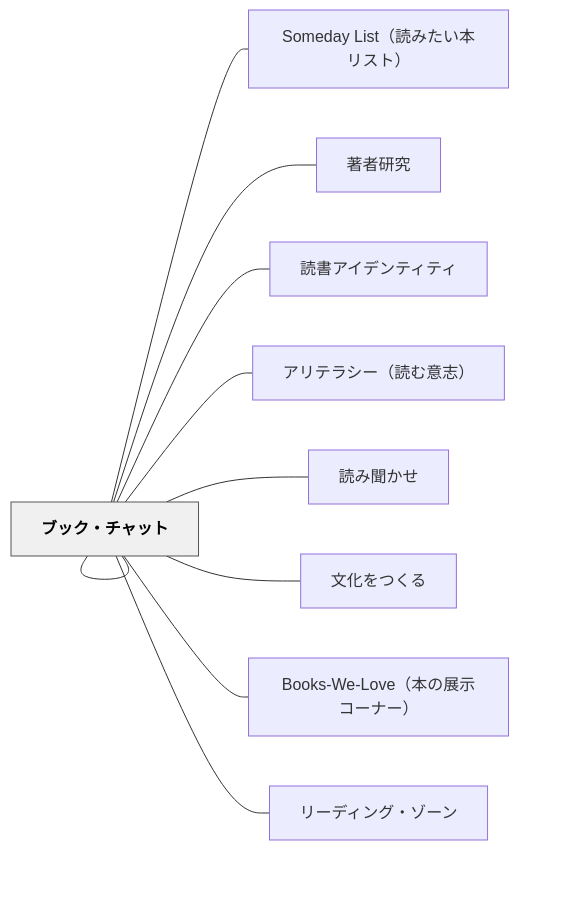
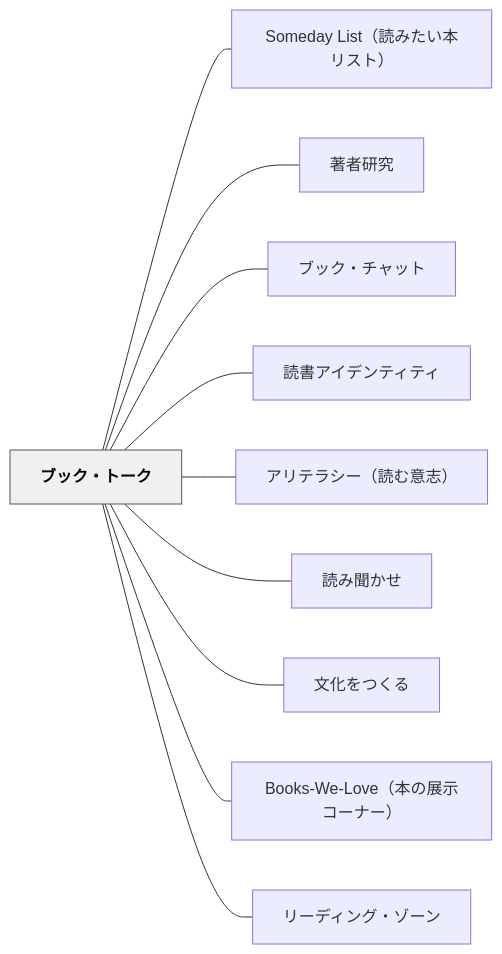
Before and after one commit to unknownthings-ed-patterns/unknownthings-ed-patterns: the diagram in content/パタン/ブック・トーク.md, drawn with Mermaid. The commit also changed 527 other files, not shown here.

````diff
--- a/content/パタン/ブック・トーク.md
+++ b/content/パタン/ブック・トーク.md
@@ -102,26 +102,26 @@
 ```mermaid
 flowchart LR
-    ne38396e38383["ブック・トーク"]
-    n536f6d656461["Someday List（読みたい本リスト）"]
-    ne89197e88085["著者研究"]
-    ne38396e38383["ブック・チャット"]
-    ne8aaade69bb8["読書アイデンティティ"]
-    ne382a2e383aa["アリテラシー（読む意志）"]
-    ne8aaade381bf["読み聞かせ"]
-    ne69687e58c96["文化をつくる"]
-    n426f6f6b732d["Books-We-Love（本の展示コーナー）"]
-    ne383aae383bc["リーディング・ゾーン"]
+    ne38396e38383e382afe383bbe38388e383bce382af["ブック・トーク"]
+    n536f6d65646179204c697374efbc88e8aaade381bfe3819fe38184e69cace383aae382b9e38388efbc89["Someday List（読みたい本リスト）"]
+    ne89197e88085e7a094e7a9b6["著者研究"]
+    ne38396e38383e382afe383bbe38381e383a3e38383e38388["ブック・チャット"]
+    ne8aaade69bb8e382a2e382a4e38387e383b3e38386e382a3e38386e382a3["読書アイデンティティ"]
+    ne382a2e383aae38386e383a9e382b7e383bcefbc88e8aaade38280e6848fe5bf97efbc89["アリテラシー（読む意志）"]
+    ne8aaade381bfe8819ee3818be3819b["読み聞かせ"]
+    ne69687e58c96e38292e381a4e3818fe3828b["文化をつくる"]
+    n426f6f6b732d57652d4c6f7665efbc88e69cace381aee5b195e7a4bae382b3e383bce3838ae383bcefbc89["Books-We-Love（本の展示コーナー）"]
+    ne383aae383bce38387e382a3e383b3e382b0e383bbe382bee383bce383b3["リーディング・ゾーン"]
 
-    ne38396e38383 --- n536f6d656461
-    ne38396e38383 --- ne89197e88085
-    ne38396e38383 --- ne38396e38383
-    ne38396e38383 --- ne8aaade69bb8
-    ne38396e38383 --- ne382a2e383aa
-    ne38396e38383 --- ne8aaade381bf
-    ne38396e38383 --- ne69687e58c96
-    ne38396e38383 --- n426f6f6b732d
-    ne38396e38383 --- ne383aae383bc
+    ne38396e38383e382afe383bbe38388e383bce382af --- n536f6d65646179204c697374efbc88e8aaade381bfe3819fe38184e69cace383aae382b9e38388efbc89
+    ne38396e38383e382afe383bbe38388e383bce382af --- ne89197e88085e7a094e7a9b6
+    ne38396e38383e382afe383bbe38388e383bce382af --- ne38396e38383e382afe383bbe38381e383a3e38383e38388
+    ne38396e38383e382afe383bbe38388e383bce382af --- ne8aaade69bb8e382a2e382a4e38387e383b3e38386e382a3e38386e382a3
+    ne38396e38383e382afe383bbe38388e383bce382af --- ne382a2e383aae38386e383a9e382b7e383bcefbc88e8aaade38280e6848fe5bf97efbc89
+    ne38396e38383e382afe383bbe38388e383bce382af --- ne8aaade381bfe8819ee3818be3819b
+    ne38396e38383e382afe383bbe38388e383bce382af --- ne69687e58c96e38292e381a4e3818fe3828b
+    ne38396e38383e382afe383bbe38388e383bce382af --- n426f6f6b732d57652d4c6f7665efbc88e69cace381aee5b195e7a4bae382b3e383bce3838ae383bcefbc89
+    ne38396e38383e382afe383bbe38388e383bce382af --- ne383aae383bce38387e382a3e383b3e382b0e383bbe382bee383bce383b3
 
     classDef hub fill:#f0f0f0,stroke:#555,color:#000,font-weight:bold
-    class ne38396e38383 hub
+    class ne38396e38383e382afe383bbe38388e383bce382af hub
 ```
````
